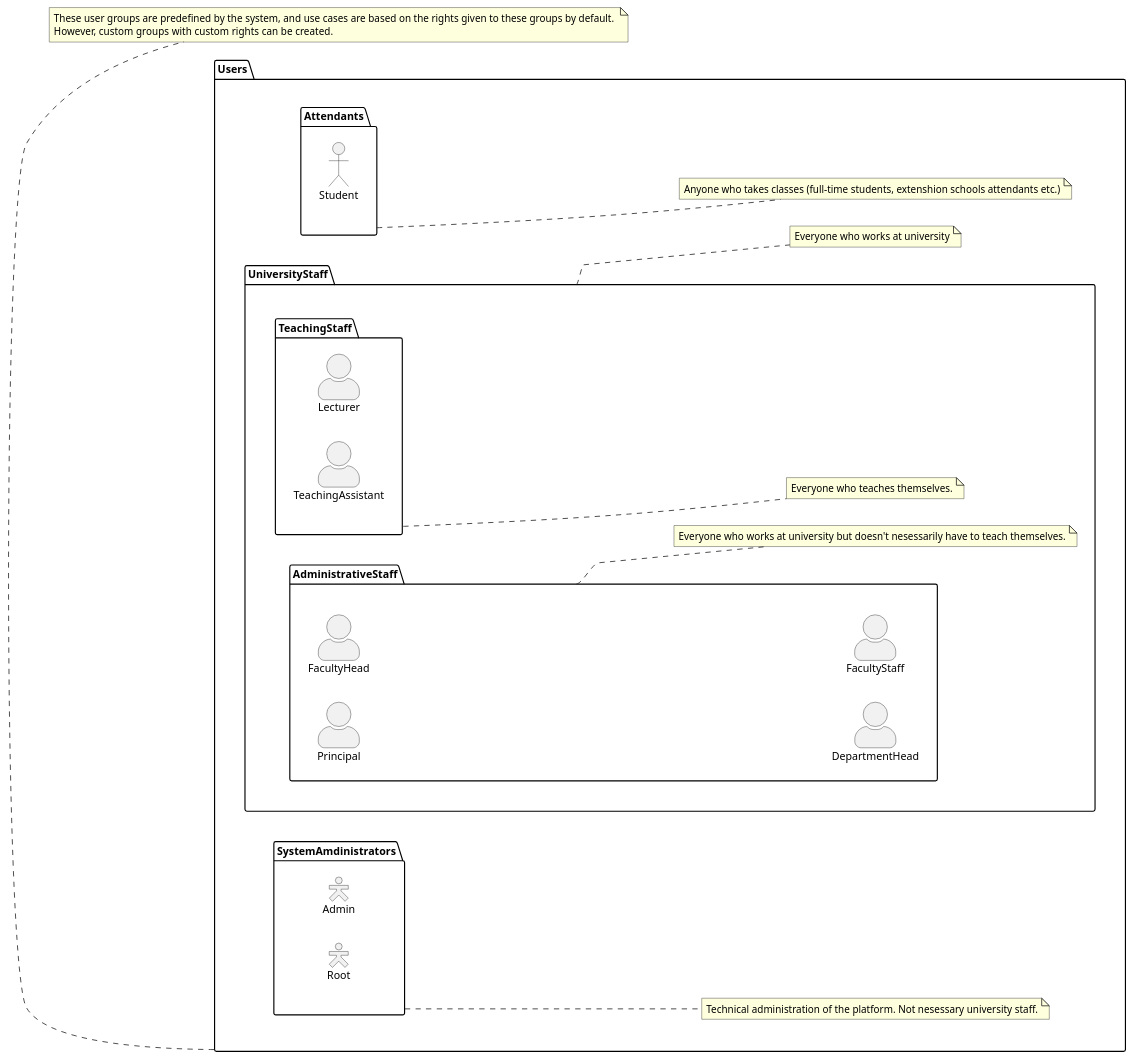
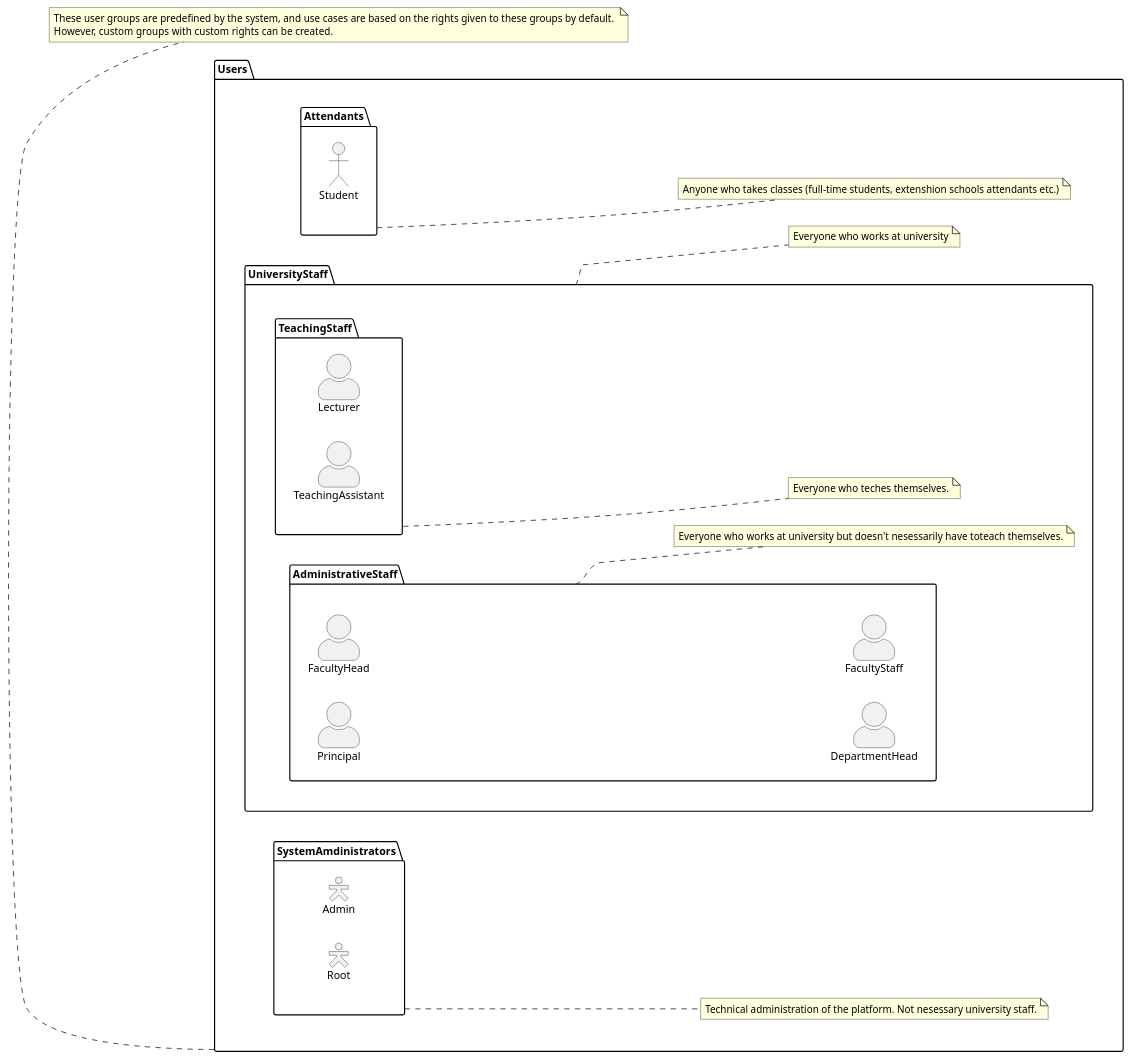
Before and after one commit to TechnoDamo/OpenCampus: the diagram in docs/uml/01-actors.puml, drawn with PlantUML. The commit also changed 3 other files, not shown here.

```diff
--- a/docs/uml/01-actors.puml
+++ b/docs/uml/01-actors.puml
@@ -1,45 +1,45 @@
 @startuml
 left to right direction
 
 package Users {
     package Attendants {
         actor Student
     }
 
     note right of Attendants: Anyone who takes classes (full-time students, extenshion schools attendants etc.)
 
     skinparam actorStyle awesome
     package UniversityStaff {
         package TeachingStaff {
             actor Lecturer
             actor TeachingAssistant
         }
-        note right of TeachingStaff: Everyone who teaches themselves.
+        note right of TeachingStaff: Everyone who teches themselves.
 
         package AdministrativeStaff {
             actor Principal
             actor FacultyHead
             actor DepartmentHead
             actor FacultyStaff
         }
-        note right of AdministrativeStaff: Everyone who works at university but doesn't nesessarily have to teach themselves.
+        note right of AdministrativeStaff: Everyone who works at university but doesn't nesessarily have toteach themselves.
     }
 
     note right of UniversityStaff: Everyone who works at university
 
 
     skinparam actorStyle Hollow 
     package SystemAmdinistrators {
         actor Admin
         actor Root 
     }
 
     note right of SystemAmdinistrators: Technical administration of the platform. Not nesessary university staff.
 
 }
 note bottom of (Users) 
 These user groups are predefined by the system, and use cases are based on the rights given to these groups by default. 
 However, custom groups with custom rights can be created. 
 end note
 
 @enduml
```
